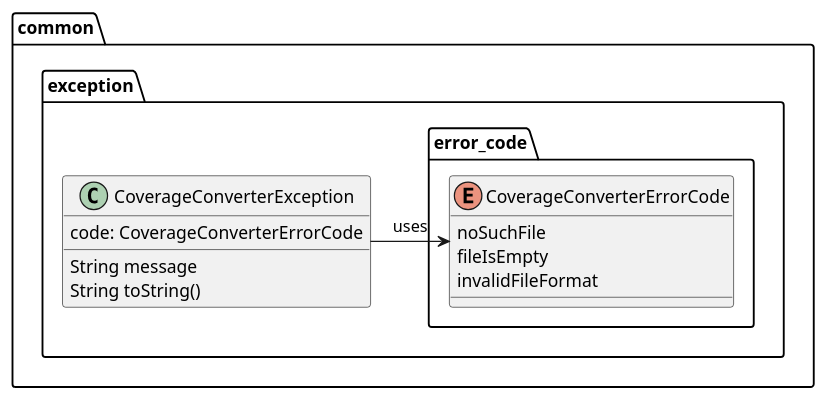
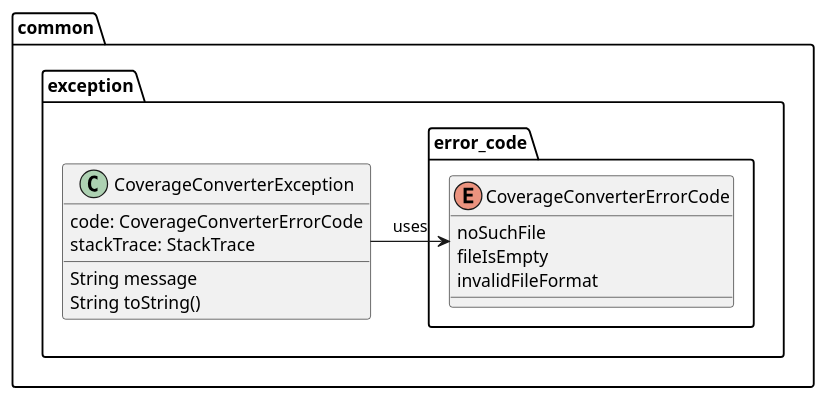
The diagram in metrics/coverage_converter/docs/diagrams/converter_exception_class_diagram.puml (Flank/flank-dashboard), drawn with PlantUML before and after one commit. The commit also changed 5 other files, not shown here.

```diff
--- a/metrics/coverage_converter/docs/diagrams/converter_exception_class_diagram.puml
+++ b/metrics/coverage_converter/docs/diagrams/converter_exception_class_diagram.puml
@@ -1,25 +1,26 @@
 @startuml converter_exception_class_diagram
 
 
 package common.exception {
     class CoverageConverterException{
         code: CoverageConverterErrorCode
+        stackTrace: StackTrace
         {method} String message
         String toString()
     }
 
 
     package error_code {
         enum CoverageConverterErrorCode {
             noSuchFile
             fileIsEmpty
             invalidFileFormat
         }
     }
 
 }
 
 
 CoverageConverterException -> CoverageConverterErrorCode : uses
 
 @enduml
```
